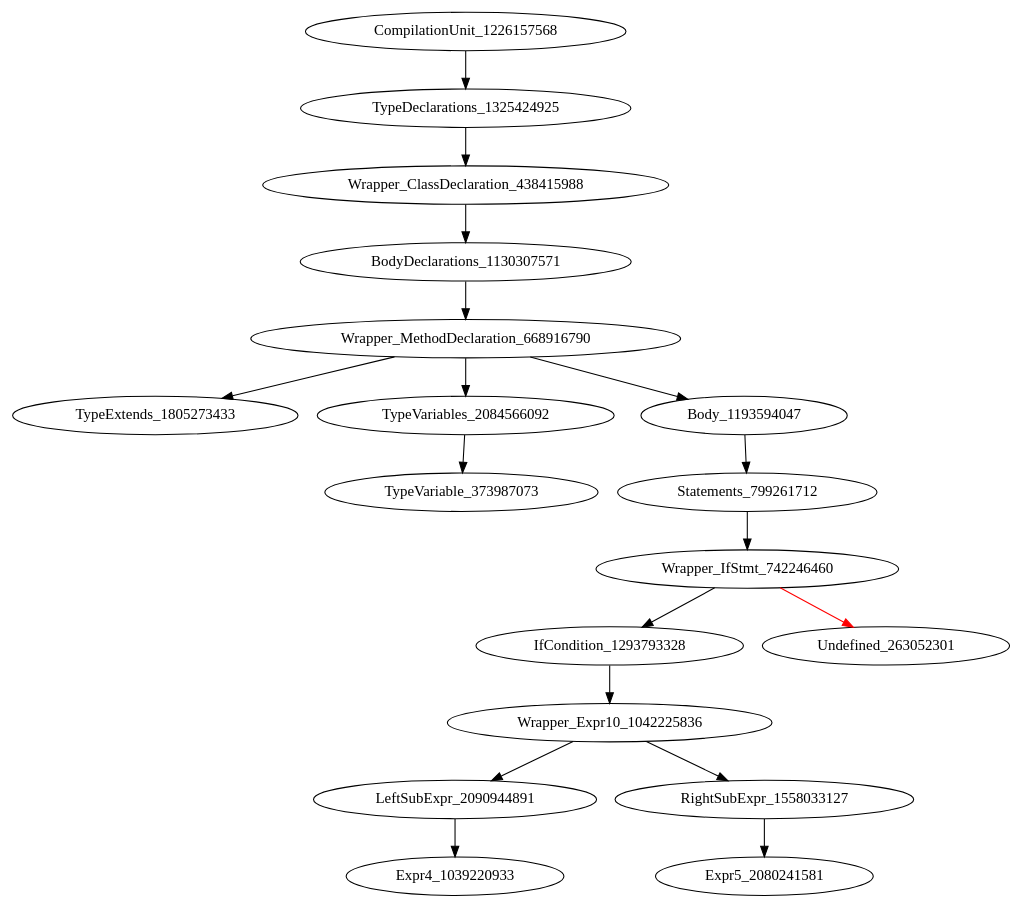
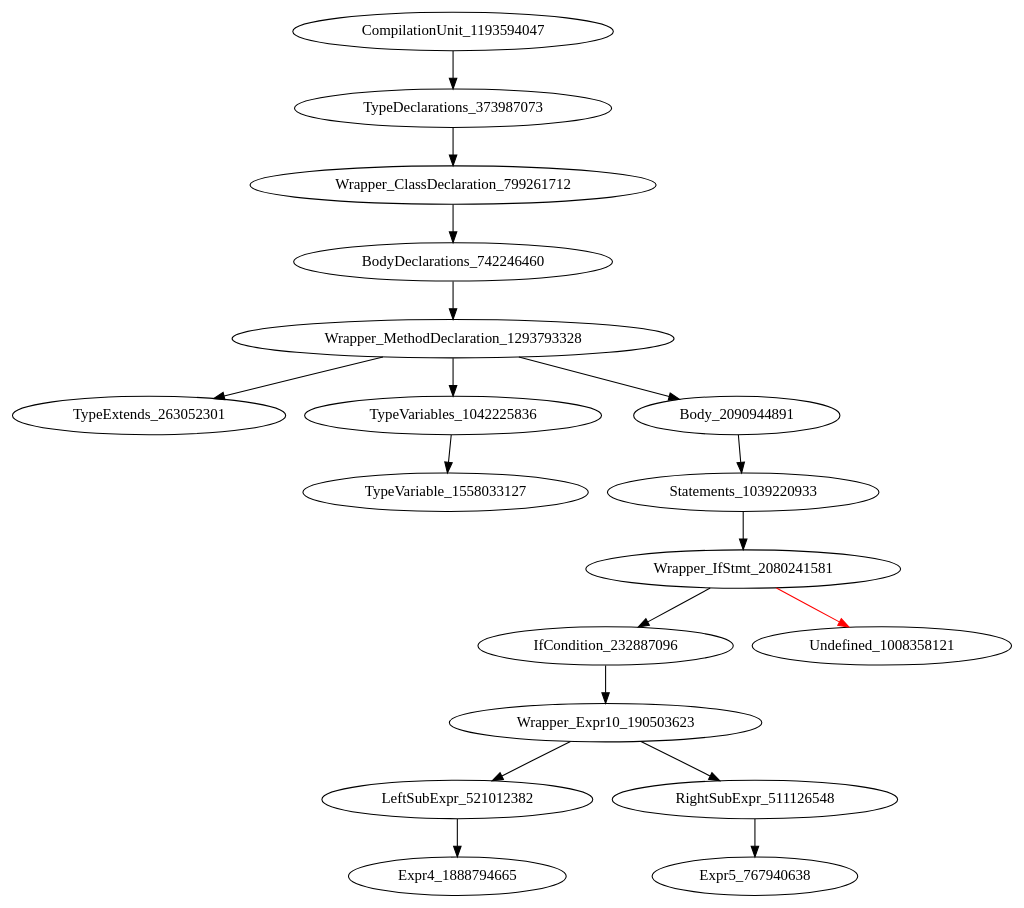
One commit to icse2023material/VoiceJava changed the diagram in holeAST.dot. Above: the diagram before and after it, drawn with Graphviz. The commit also changed 33 other files, not shown here.

```diff
--- a/holeAST.dot
+++ b/holeAST.dot
@@ -1,19 +1,19 @@
 digraph {
-CompilationUnit_1226157568 -> TypeDeclarations_1325424925
-TypeDeclarations_1325424925 -> Wrapper_ClassDeclaration_438415988
-Wrapper_ClassDeclaration_438415988 -> BodyDeclarations_1130307571
-BodyDeclarations_1130307571 -> Wrapper_MethodDeclaration_668916790
-Wrapper_MethodDeclaration_668916790 -> TypeExtends_1805273433
-Wrapper_MethodDeclaration_668916790 -> TypeVariables_2084566092
-Wrapper_MethodDeclaration_668916790 -> Body_1193594047
-TypeVariables_2084566092 -> TypeVariable_373987073
-Body_1193594047 -> Statements_799261712
-Statements_799261712 -> Wrapper_IfStmt_742246460
-Wrapper_IfStmt_742246460 -> IfCondition_1293793328
-Wrapper_IfStmt_742246460 -> Undefined_263052301 [color = red] 
-IfCondition_1293793328 -> Wrapper_Expr10_1042225836
-Wrapper_Expr10_1042225836 -> LeftSubExpr_2090944891
-Wrapper_Expr10_1042225836 -> RightSubExpr_1558033127
-LeftSubExpr_2090944891 -> Expr4_1039220933
-RightSubExpr_1558033127 -> Expr5_2080241581
+CompilationUnit_1193594047 -> TypeDeclarations_373987073
+TypeDeclarations_373987073 -> Wrapper_ClassDeclaration_799261712
+Wrapper_ClassDeclaration_799261712 -> BodyDeclarations_742246460
+BodyDeclarations_742246460 -> Wrapper_MethodDeclaration_1293793328
+Wrapper_MethodDeclaration_1293793328 -> TypeExtends_263052301
+Wrapper_MethodDeclaration_1293793328 -> TypeVariables_1042225836
+Wrapper_MethodDeclaration_1293793328 -> Body_2090944891
+TypeVariables_1042225836 -> TypeVariable_1558033127
+Body_2090944891 -> Statements_1039220933
+Statements_1039220933 -> Wrapper_IfStmt_2080241581
+Wrapper_IfStmt_2080241581 -> IfCondition_232887096
+Wrapper_IfStmt_2080241581 -> Undefined_1008358121 [color = red] 
+IfCondition_232887096 -> Wrapper_Expr10_190503623
+Wrapper_Expr10_190503623 -> LeftSubExpr_521012382
+Wrapper_Expr10_190503623 -> RightSubExpr_511126548
+LeftSubExpr_521012382 -> Expr4_1888794665
+RightSubExpr_511126548 -> Expr5_767940638
 }
```
